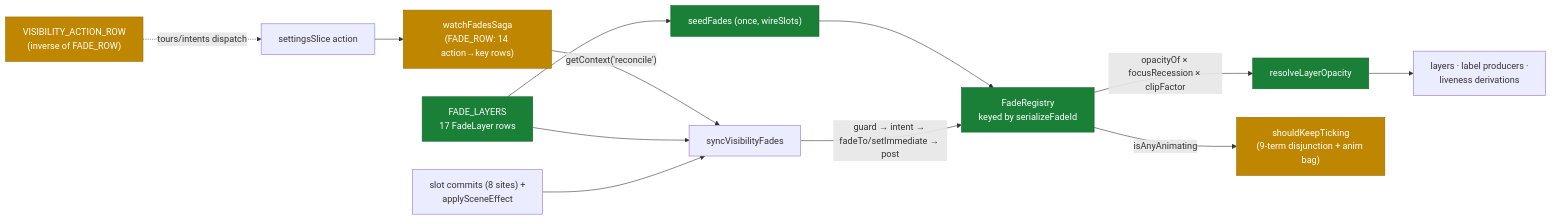
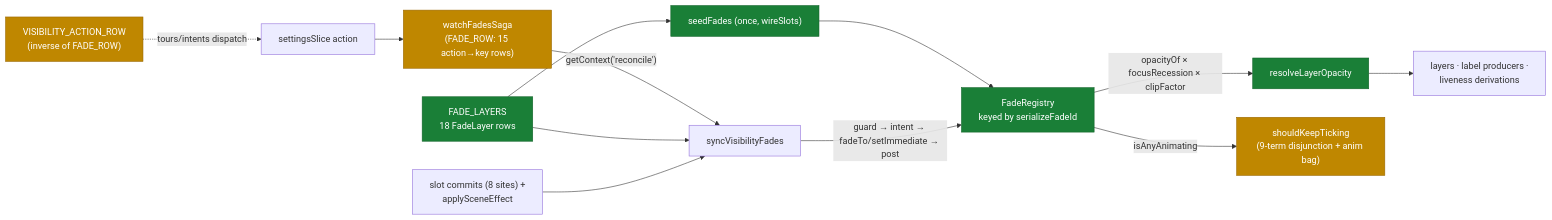
The fourth of 5 diagrams in docs/research/engine/current-contracts-map.md (rulkens/skymap), drawn with Mermaid before and after one commit. The commit also changed other lines of this file and 3 other files, not shown here.

````diff
--- a/docs/research/engine/current-contracts-map.md
+++ b/docs/research/engine/current-contracts-map.md
@@ -154,18 +154,18 @@
 ```mermaid
 flowchart LR
-    ACT["settingsSlice action"] --> SAGA["watchFadesSaga<br/>(FADE_ROW: 14 action→key rows)"]
+    ACT["settingsSlice action"] --> SAGA["watchFadesSaga<br/>(FADE_ROW: 15 action→key rows)"]
     SAGA -->|"getContext('reconcile')"| SYNC["syncVisibilityFades"]
-    FL["FADE_LAYERS<br/>17 FadeLayer rows"] --> SYNC
+    FL["FADE_LAYERS<br/>18 FadeLayer rows"] --> SYNC
     FL --> SEED["seedFades (once, wireSlots)"]
     SEED --> REG["FadeRegistry<br/>keyed by serializeFadeId"]
     SYNC -->|"guard → intent → fadeTo/setImmediate → post"| REG
     COMMITS["slot commits (8 sites) +<br/>applySceneEffect"] --> SYNC
     REG -->|"opacityOf × focusRecession × clipFactor"| RLO["resolveLayerOpacity"]
     RLO --> CONS["layers · label producers ·<br/>liveness derivations"]
     REG -->|"isAnyAnimating"| WAKE["shouldKeepTicking<br/>(9-term disjunction + anim bag)"]
     VAR["VISIBILITY_ACTION_ROW<br/>(inverse of FADE_ROW)"] -.->|"tours/intents dispatch"| ACT
     classDef good fill:#1a7f37,stroke:#116329,color:#ffffff
     classDef warn fill:#bf8700,stroke:#9a6700,color:#ffffff
     class FL,SEED,REG,RLO good
     class SAGA,VAR,WAKE warn
 ```
````
